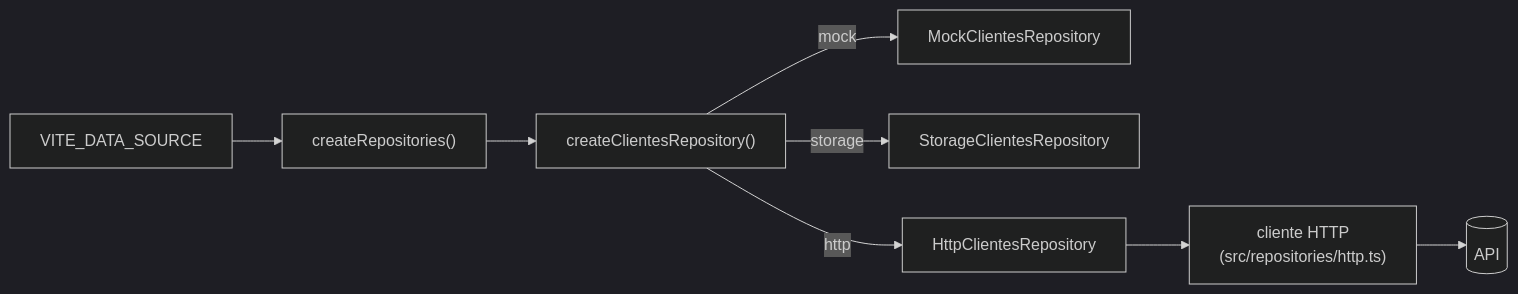
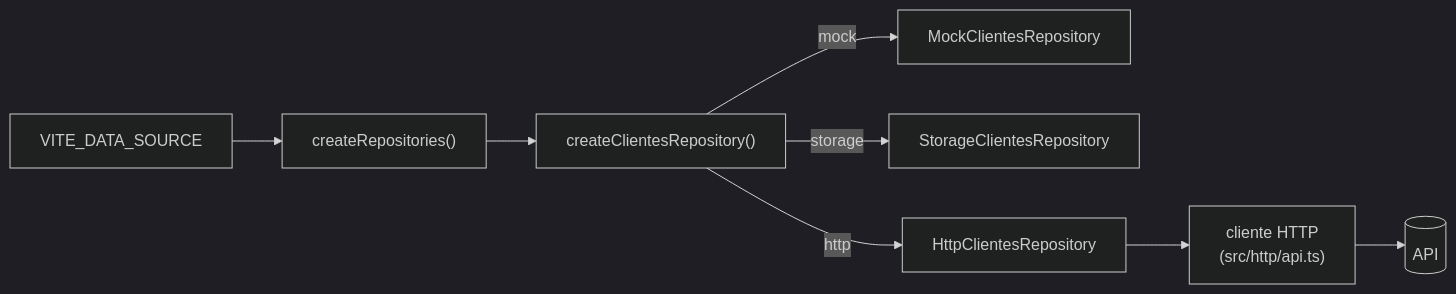
Before and after one commit to matizze/prumo: the diagram in docs/guides/real-api.md, drawn with Mermaid (dark theme). The commit also changed other lines of this file and 8 other files, not shown here.

````diff
--- a/docs/guides/real-api.md
+++ b/docs/guides/real-api.md
@@ -9,10 +9,10 @@
 ```mermaid
 flowchart LR
   env["VITE_DATA_SOURCE"] --> create["createRepositories()"]
   create --> factory["createClientesRepository()"]
   factory -- mock --> mock["MockClientesRepository"]
   factory -- storage --> storage["StorageClientesRepository"]
   factory -- http --> http["HttpClientesRepository"]
-  http --> client["cliente HTTP<br/>(src/repositories/http.ts)"]
+  http --> client["cliente HTTP<br/>(src/http/api.ts)"]
   client --> api[("API")]
 ```
````
